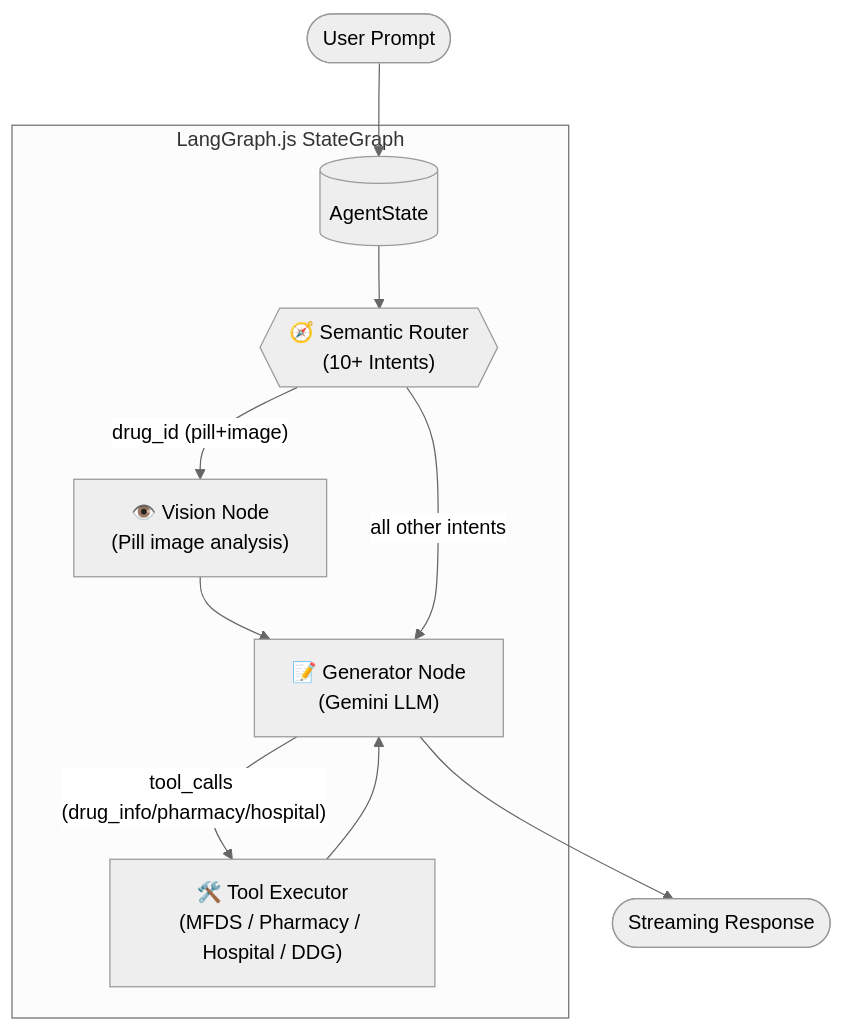
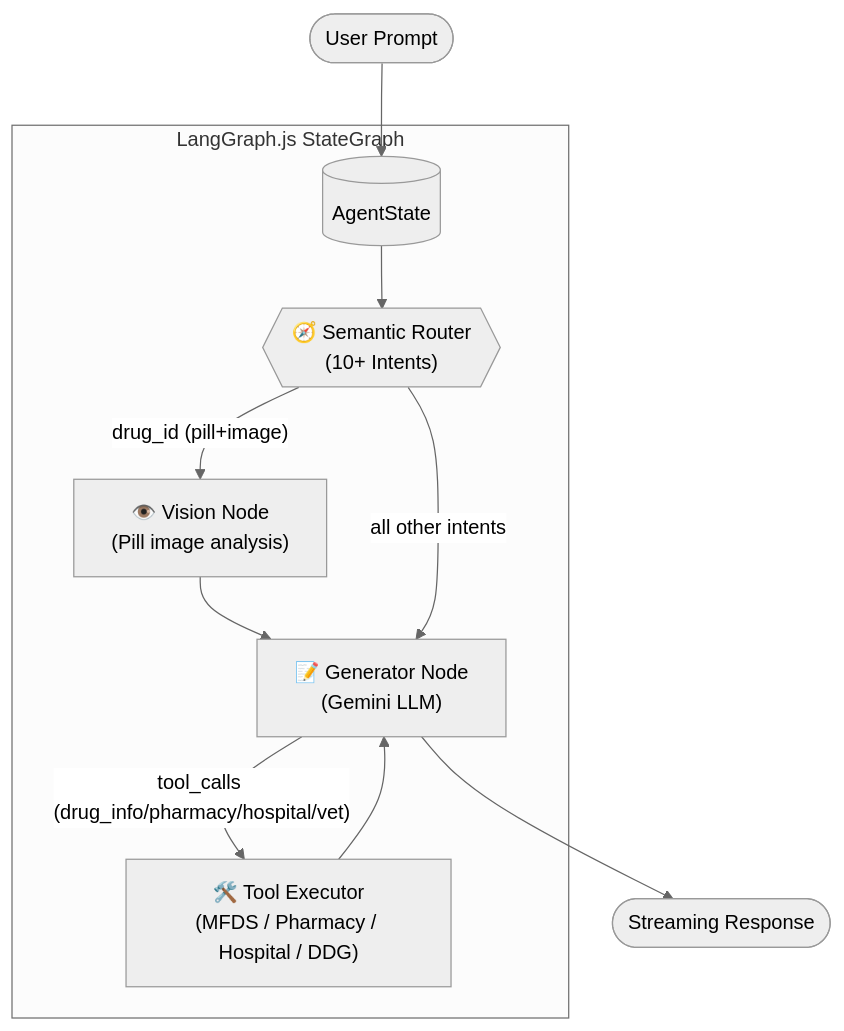
Before and after one commit to jpjp92/chat-agent: the second of 2 diagrams in README.md, drawn with Mermaid (neutral theme). The commit also changed other lines of this file and 12 other files, not shown here.

First line of the commit message:
feat: Implement VetTool and VetRenderer for nationwide veterinary hospital search

````diff
--- a/README.md
+++ b/README.md
@@ -92,20 +93,20 @@
 ```mermaid
 flowchart TB
     User([User Prompt])
 
     subgraph StateGraph ["LangGraph.js StateGraph"]
         StateNode[("AgentState")]
         RouterNode{{"🧭 Semantic Router\n(10+ Intents)"}}
         Vision["👁️ Vision Node\n(Pill image analysis)"]
         Tools["🛠️ Tool Executor\n(MFDS / Pharmacy / Hospital / DDG)"]
         Generator["📝 Generator Node\n(Gemini LLM)"]
     end
 
     Output([Streaming Response])
 
     User --> StateNode --> RouterNode
     RouterNode -- "drug_id (pill+image)" --> Vision --> Generator
     RouterNode -- "all other intents" --> Generator
-    Generator -- "tool_calls (drug_info/pharmacy/hospital)" --> Tools --> Generator
+    Generator -- "tool_calls (drug_info/pharmacy/hospital/vet)" --> Tools --> Generator
     Generator --> Output
 ```
````
